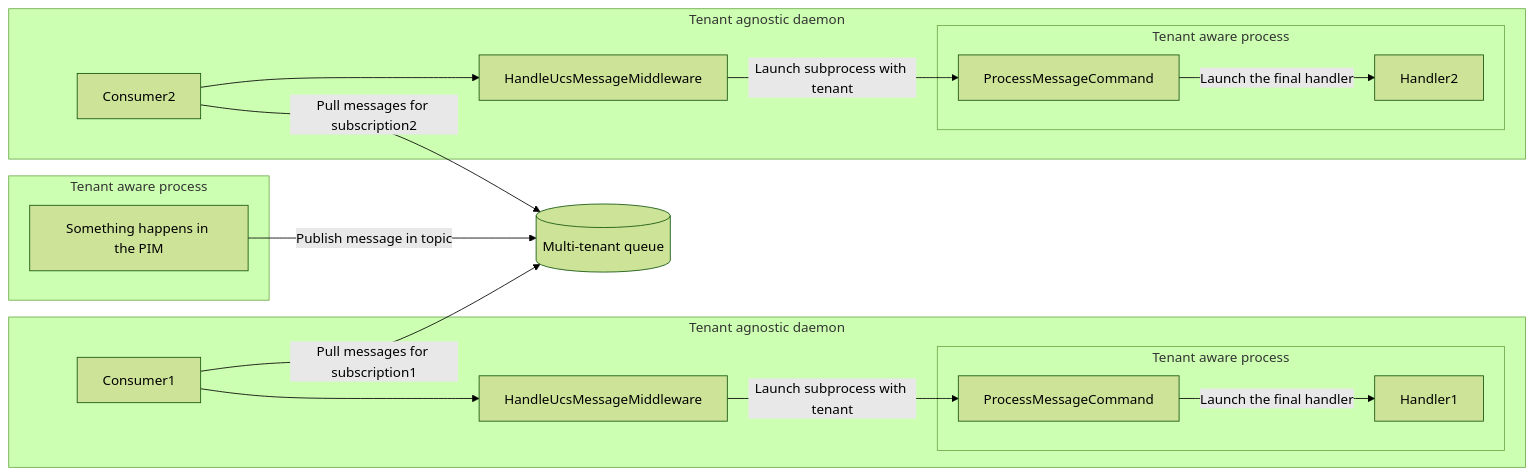
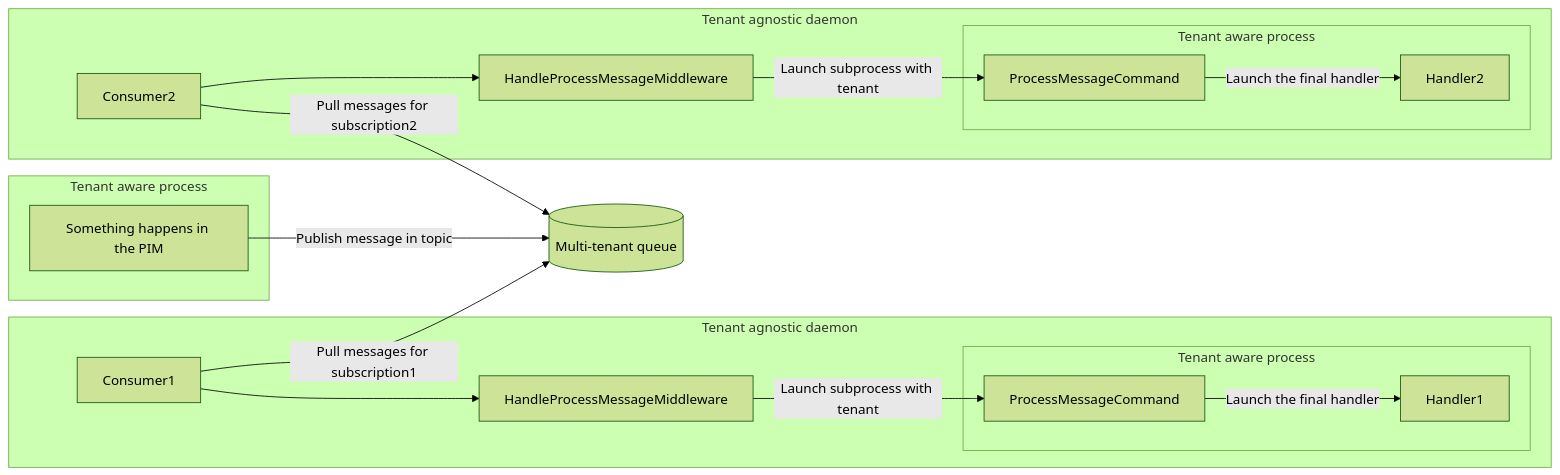
One commit to akeneo/pim-community-dev changed the diagram in src/Akeneo/Tool/Bundle/MessengerBundle/README.md. Above: the diagram before and after it, drawn with Mermaid (forest theme). The commit also changed other lines of this file and 5 other files, not shown here.

````diff
--- a/src/Akeneo/Tool/Bundle/MessengerBundle/README.md
+++ b/src/Akeneo/Tool/Bundle/MessengerBundle/README.md
@@ -120,23 +120,23 @@
 ```mermaid
 flowchart LR
     subgraph Tenant aware process
         action[Something happens in the PIM]
     end
     action -- Publish message in topic --> queue[(Multi-tenant queue)]
     Consumer1 -- Pull messages for subscription1 --> queue
     subgraph Tenant agnostic daemon
-        Consumer1 --> Middleware1[HandleUcsMessageMiddleware]
+        Consumer1 --> Middleware1[HandleProcessMessageMiddleware]
         Middleware1 -- Launch subprocess with tenant --> pmc1[ProcessMessageCommand]
         subgraph Tenant aware process
             pmc1 -- Launch the final handler --> Handler1
         end
     end
     Consumer2 -- Pull messages for subscription2 --> queue
     subgraph Tenant agnostic daemon
-        Consumer2 --> Middleware2[HandleUcsMessageMiddleware]
+        Consumer2 --> Middleware2[HandleProcessMessageMiddleware]
         Middleware2 -- Launch subprocess with tenant --> pmc2[ProcessMessageCommand]
         subgraph Tenant aware process
             pmc2 -- Launch the final handler --> Handler2
         end
     end
 ```
````
